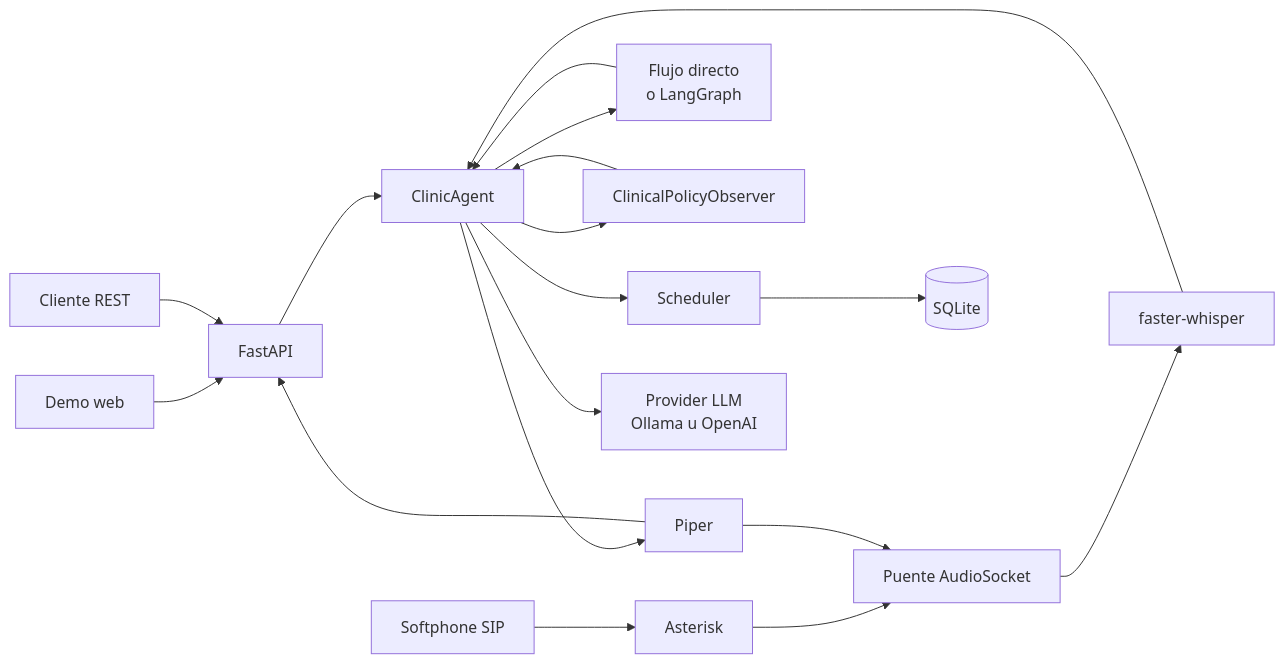
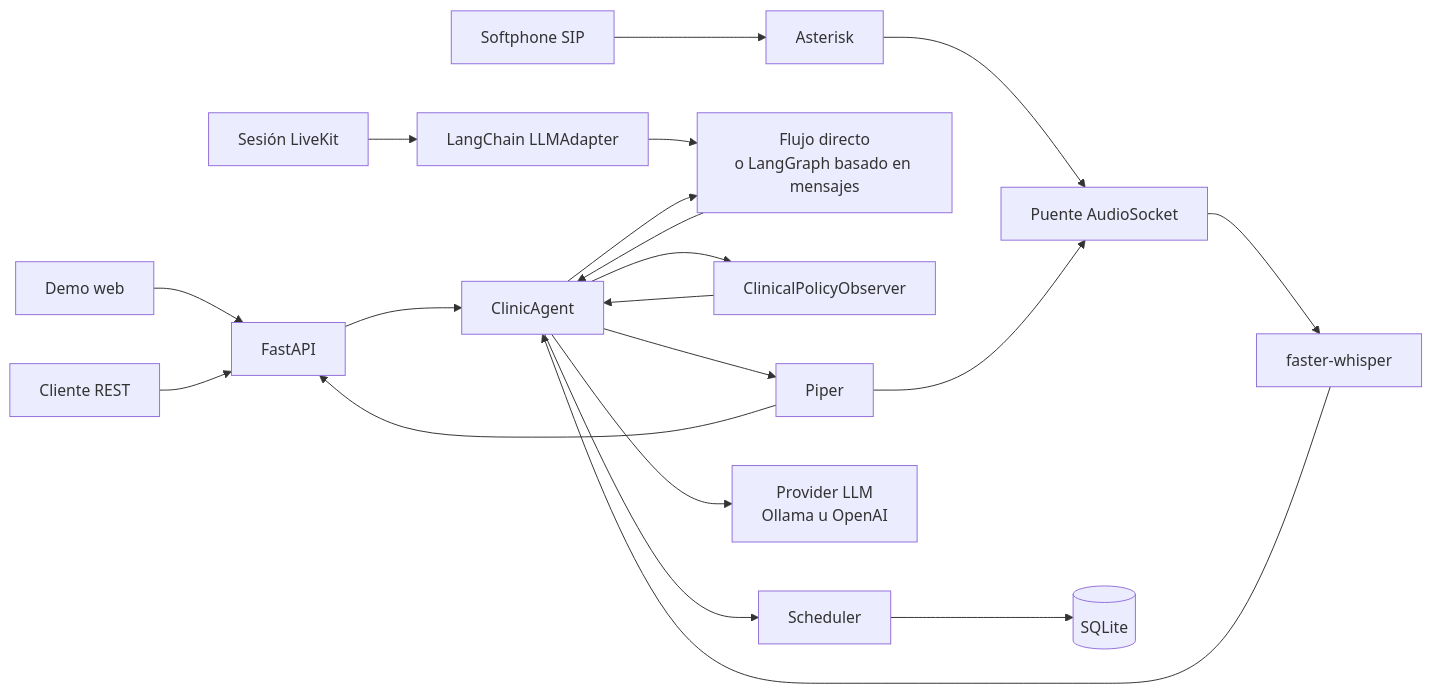
One commit to JotaTerrasa/voiceclinic-local-agent changed the fourth of 6 diagrams in docs/ARCHITECTURE.md. Above: the diagram before and after it, drawn with Mermaid. The commit also changed other lines of this file and 9 other files, not shown here.

Commit message:
Adapt LangGraph orchestration for LiveKit

````diff
--- a/docs/ARCHITECTURE.md
+++ b/docs/ARCHITECTURE.md
@@ -154,23 +160,25 @@
 ```mermaid
 flowchart LR
   Web["Demo web"] --> API["FastAPI"]
   REST["Cliente REST"] --> API
+  LiveKit["Sesión LiveKit"] --> Adapter["LangChain LLMAdapter"]
   Phone["Softphone SIP"] --> Asterisk["Asterisk"]
   Asterisk --> AudioSocket["Puente AudioSocket"]
 
   API --> Agent["ClinicAgent"]
+  Adapter --> Orchestrator
   AudioSocket --> STT["faster-whisper"]
   STT --> Agent
 
-  Agent --> Orchestrator["Flujo directo<br/>o LangGraph"]
+  Agent --> Orchestrator["Flujo directo<br/>o LangGraph basado en mensajes"]
   Orchestrator --> Agent
   Agent --> Observer["ClinicalPolicyObserver"]
   Observer --> Agent
   Agent --> Scheduler["Scheduler"]
   Scheduler --> DB[("SQLite")]
   Agent --> LLM["Provider LLM<br/>Ollama u OpenAI"]
   Agent --> TTS["Piper"]
 
   TTS --> API
   TTS --> AudioSocket
 ```
````
